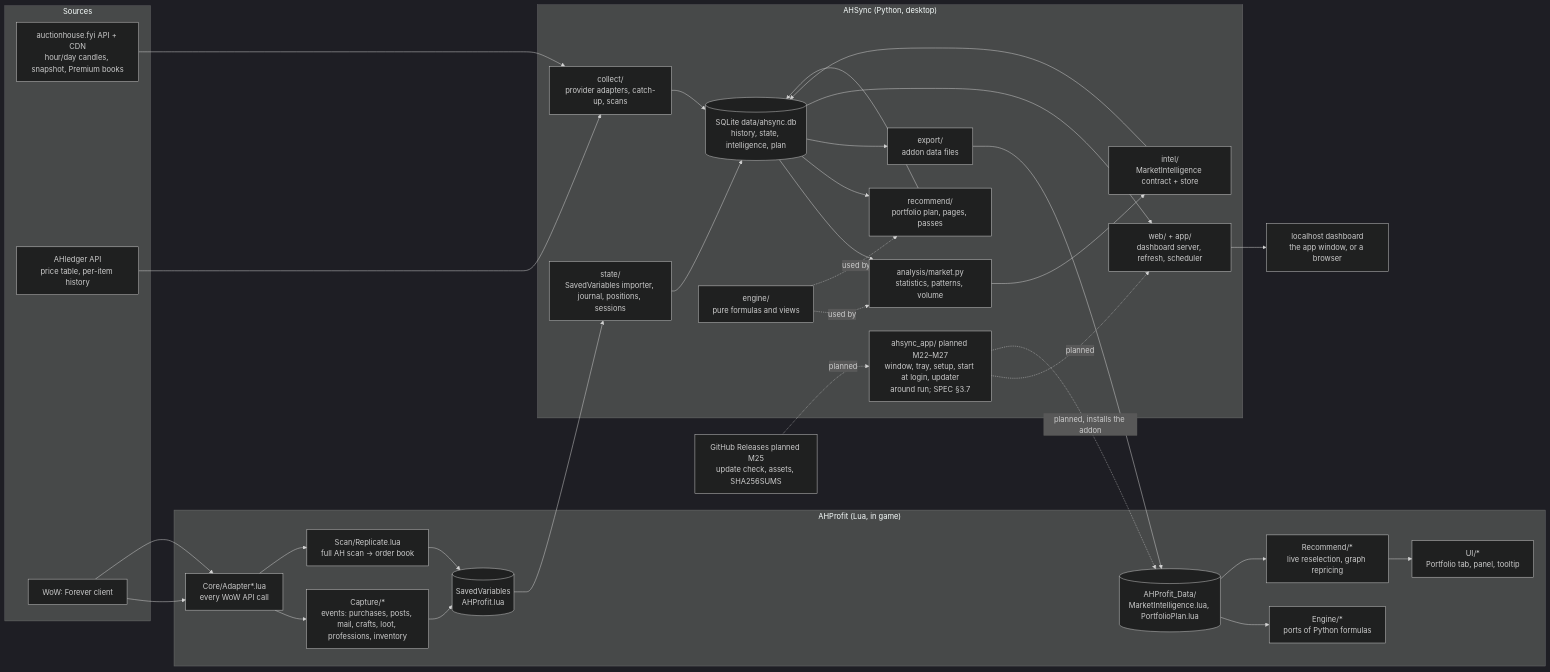
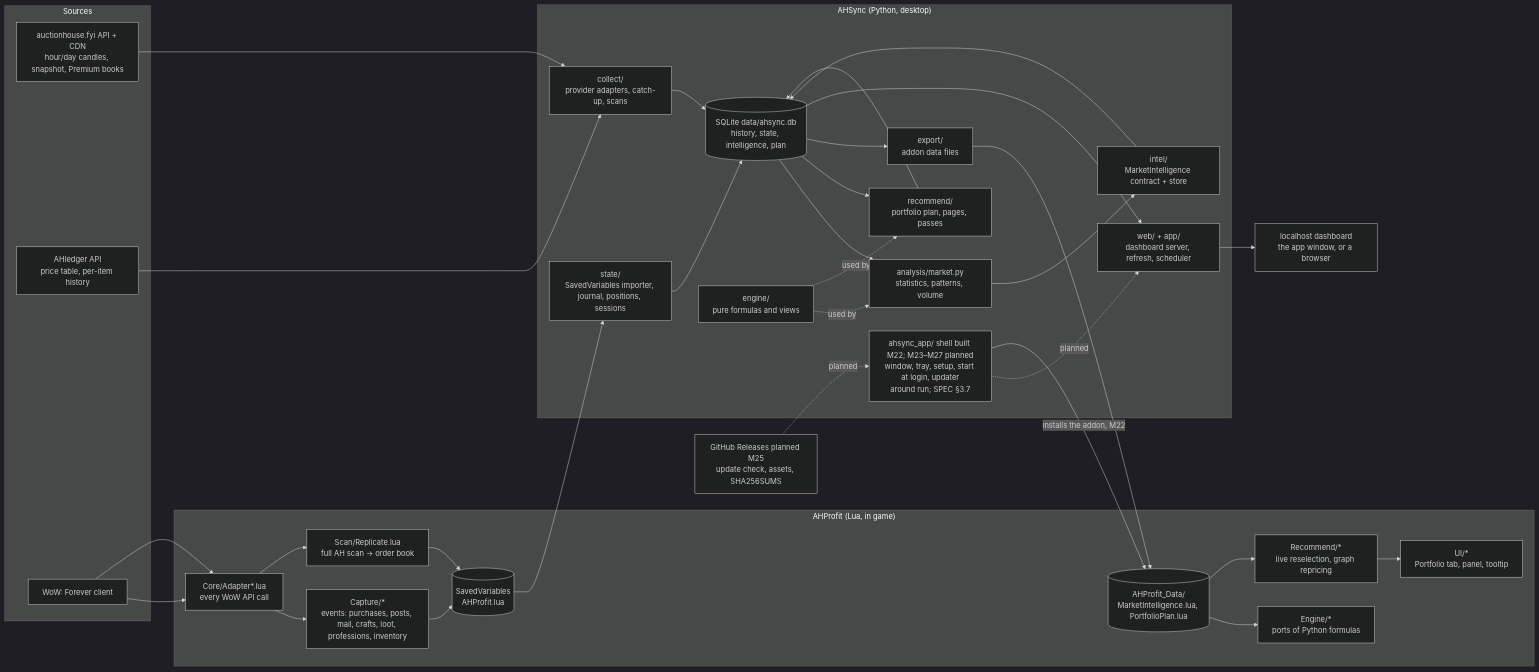
The first of 8 diagrams in docs/ARCHITECTURE.md (ctng1213/WowAuction), drawn with Mermaid (dark theme) before and after one commit. The commit also changed other lines of this file and 32 other files, not shown here.

````diff
--- a/docs/ARCHITECTURE.md
+++ b/docs/ARCHITECTURE.md
@@ -11,53 +11,53 @@
 ```mermaid
 flowchart LR
   subgraph Sources
     AHF[auctionhouse.fyi API + CDN<br/>hour/day candles, snapshot, Premium books]
     AHL[AHledger API<br/>price table, per-item history]
     Game[WoW: Forever client]
   end
 
   subgraph Addon["AHProfit (Lua, in game)"]
     Adapter[Core/Adapter*.lua<br/>every WoW API call]
     Capture[Capture/*<br/>events: purchases, posts, mail, crafts, loot, professions, inventory]
     Scan[Scan/Replicate.lua<br/>full AH scan -> order book]
     AEngine[Engine/*<br/>ports of Python formulas]
     Reselect[Recommend/*<br/>live reselection, graph repricing]
     UI[UI/*<br/>Portfolio tab, panel, tooltip]
     SV[(SavedVariables<br/>AHProfit.lua)]
     DataFiles[(AHProfit_Data/<br/>MarketIntelligence.lua, PortfolioPlan.lua)]
   end
 
   subgraph AHSync["AHSync (Python, desktop)"]
     Collect[collect/<br/>provider adapters, catch-up, scans]
     DB[(SQLite data/ahsync.db<br/>history, state, intelligence, plan)]
     Analysis[analysis/market.py<br/>statistics, patterns, volume]
     Intel[intel/<br/>MarketIntelligence contract + store]
     State[state/<br/>SavedVariables importer, journal, positions, sessions]
     Recommend[recommend/<br/>portfolio plan, pages, passes]
     Engine[engine/<br/>pure formulas and views]
     Export[export/<br/>addon data files]
     Web[web/ + app/<br/>dashboard server, refresh, scheduler]
-    Shell[ahsync_app/ planned M22–M27<br/>window, tray, setup, start at login, updater<br/>around run; SPEC §3.7]
+    Shell[ahsync_app/ shell built M22; M23–M27 planned<br/>window, tray, setup, start at login, updater<br/>around run; SPEC §3.7]
   end
 
   Dashboard[localhost dashboard<br/>the app window, or a browser]
   GH[GitHub Releases planned M25<br/>update check, assets, SHA256SUMS]
 
   AHF --> Collect
   AHL --> Collect
   GH -.planned.-> Shell
   Shell -.planned.-> Web
-  Shell -.planned, installs the addon.-> DataFiles
+  Shell -- installs the addon, M22 --> DataFiles
   Game --> Adapter --> Capture --> SV
   Game --> Adapter --> Scan --> SV
   SV --> State
   Collect --> DB
   State --> DB
   DB --> Analysis --> Intel --> DB
   DB --> Recommend --> DB
   Engine -.used by.-> Analysis
   Engine -.used by.-> Recommend
   DB --> Export --> DataFiles --> AEngine
   DataFiles --> Reselect --> UI
   DB --> Web --> Dashboard
 ```
````
